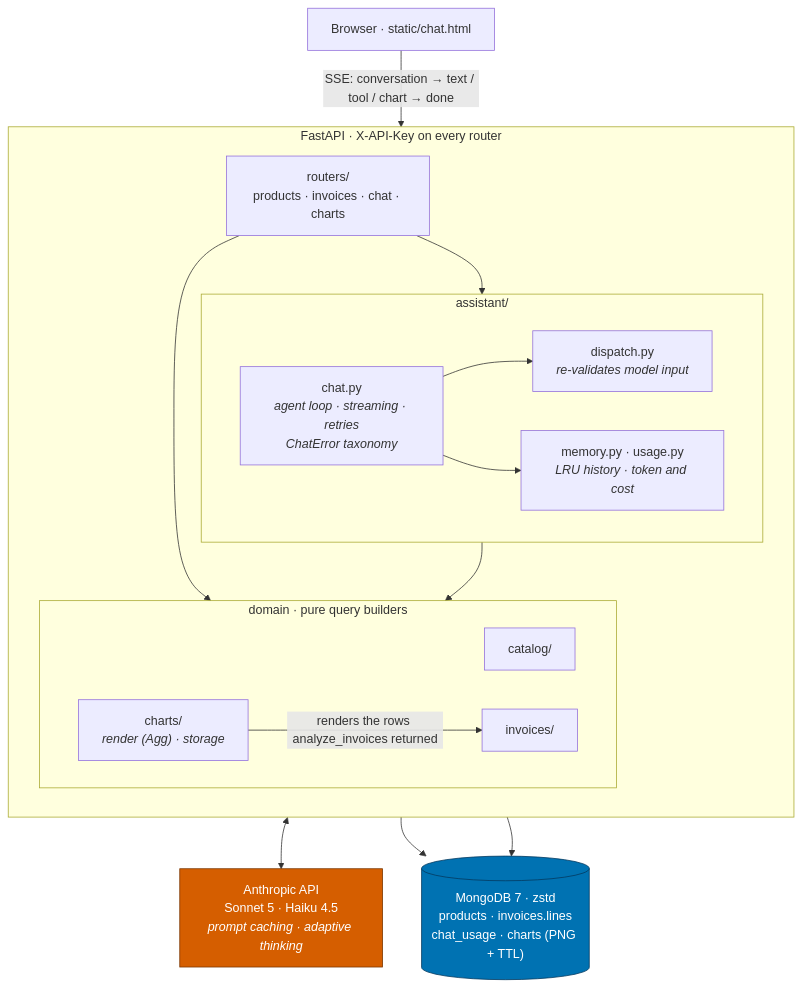
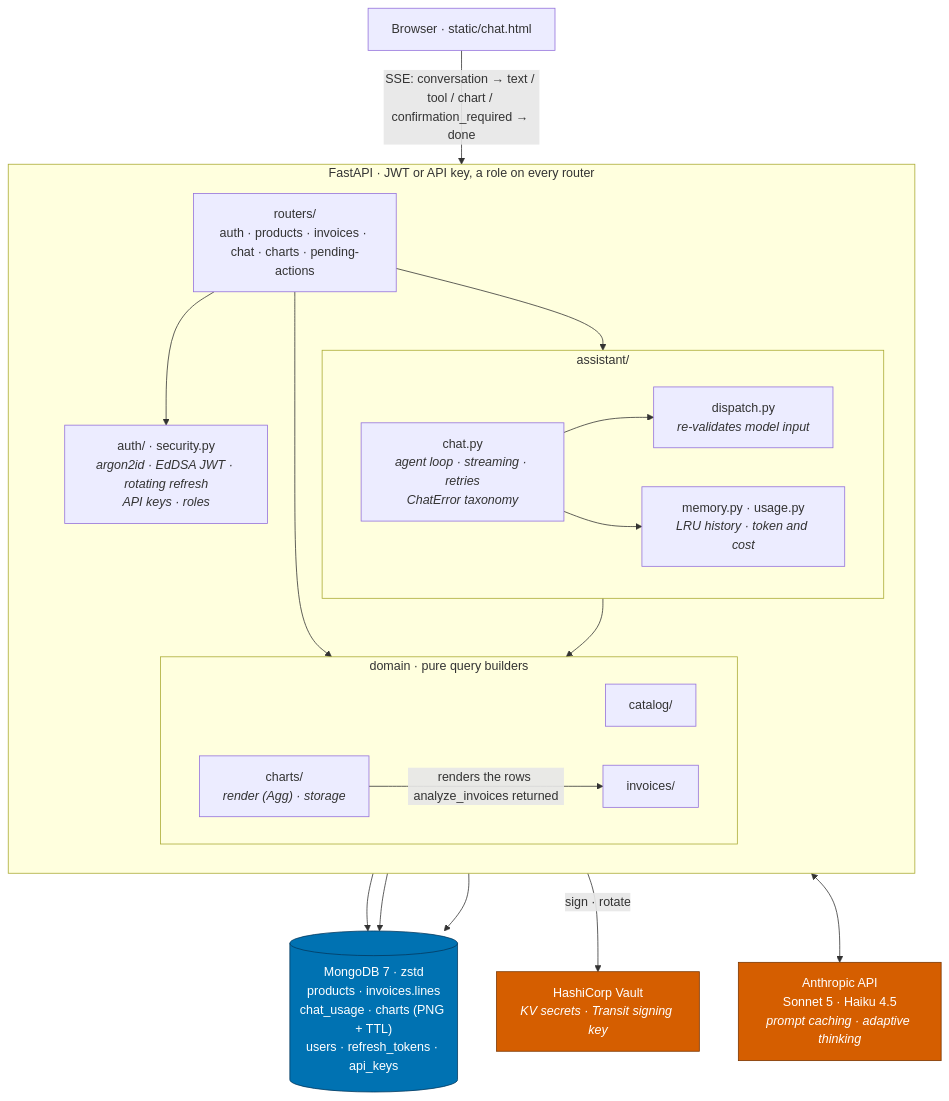
The diagram in README.md (sokvl/claude-erp-assistant), drawn with Mermaid before and after one commit. The commit also changed other lines of this file, not shown here.

Commit message:
docs: describe accounts, roles, human-approved closes and Vault in the README

````diff
--- a/README.md
+++ b/README.md
@@ -32,42 +36,47 @@
 ```mermaid
 flowchart TB
     UI["Browser · static/chat.html"]
 
-    subgraph APP["FastAPI · X-API-Key on every router"]
+    subgraph APP["FastAPI · JWT or API key, a role on every router"]
         direction TB
-        RT["routers/<br/>products · invoices · chat · charts"]
+        RT["routers/<br/>auth · products · invoices · chat · charts · pending-actions"]
+        AUTH["auth/ · security.py<br/><i>argon2id · EdDSA JWT · rotating refresh<br/>API keys · roles</i>"]
 
         subgraph AST["assistant/"]
             direction LR
             LOOP["chat.py<br/><i>agent loop · streaming · retries<br/>ChatError taxonomy</i>"]
             DISP["dispatch.py<br/><i>re-validates model input</i>"]
             BOOK["memory.py · usage.py<br/><i>LRU history · token and cost</i>"]
         end
 
         subgraph DOM["domain · pure query builders"]
             direction LR
             CAT["catalog/"]
             INV["invoices/"]
             CHT["charts/<br/><i>render (Agg) · storage</i>"]
         end
     end
 
-    DB[("MongoDB 7 · zstd<br/>products · invoices.lines<br/>chat_usage · charts (PNG + TTL)")]
+    DB[("MongoDB 7 · zstd<br/>products · invoices.lines<br/>chat_usage · charts (PNG + TTL)<br/>users · refresh_tokens · api_keys")]
     API["Anthropic API<br/>Sonnet 5 · Haiku 4.5<br/><i>prompt caching · adaptive thinking</i>"]
+    VAULT["HashiCorp Vault<br/><i>KV secrets · Transit signing key</i>"]
 
-    UI -- "SSE: conversation → text / tool / chart → done" --> RT
+    UI -- "SSE: conversation → text / tool / chart / confirmation_required → done" --> RT
+    RT --> AUTH
     RT --> AST
     RT --> DOM
+    AUTH --> DB
+    AUTH -- "sign · rotate" --> VAULT
     LOOP <--> API
     LOOP --> DISP
     LOOP --> BOOK
     DISP --> DOM
     CHT -- "renders the rows analyze_invoices returned" --> INV
     DOM --> DB
     BOOK --> DB
 
     classDef store fill:#0072B2,stroke:#04395e,color:#fff
     classDef ext fill:#D55E00,stroke:#7a3600,color:#fff
     class DB store
-    class API ext
+    class API,VAULT ext
 ```
````
